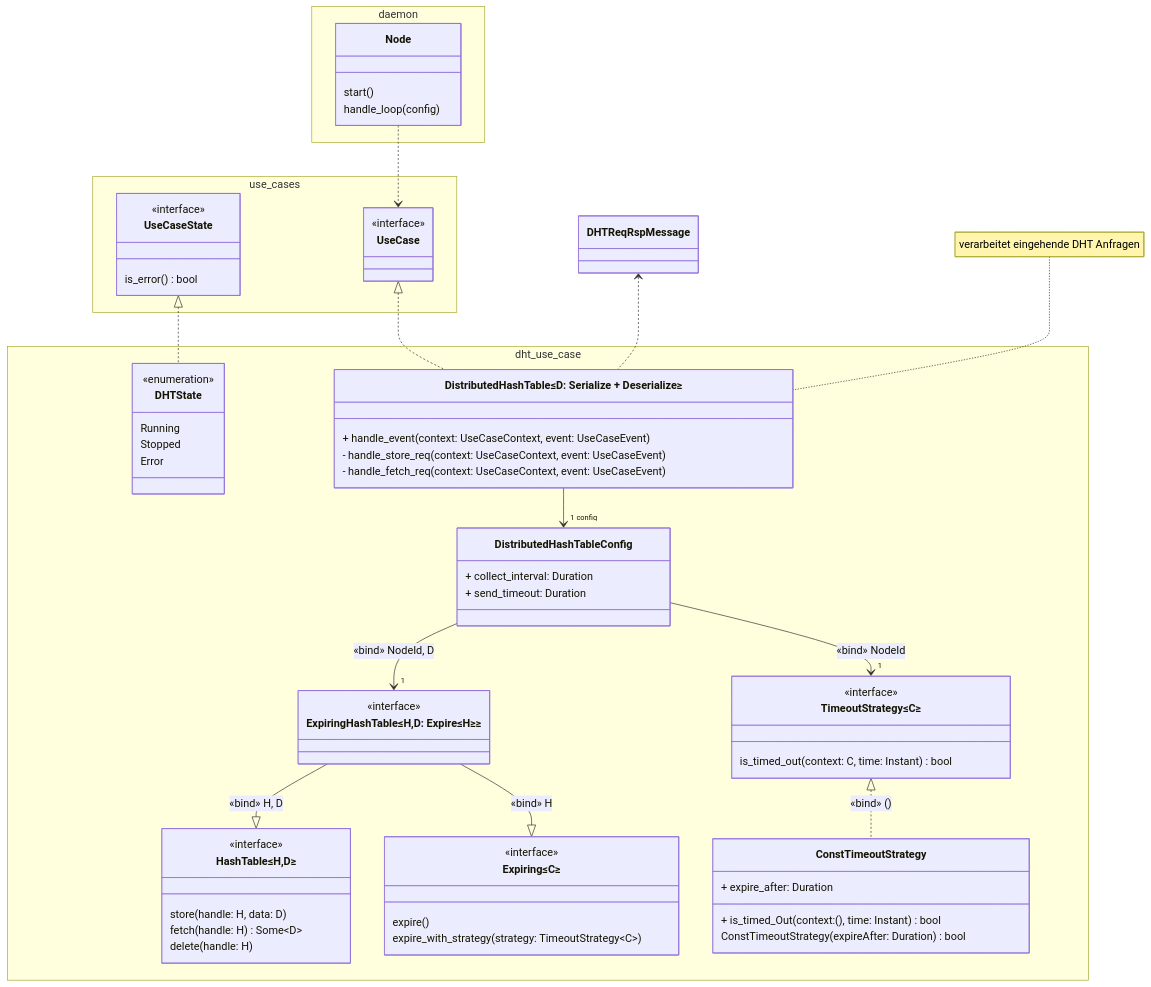
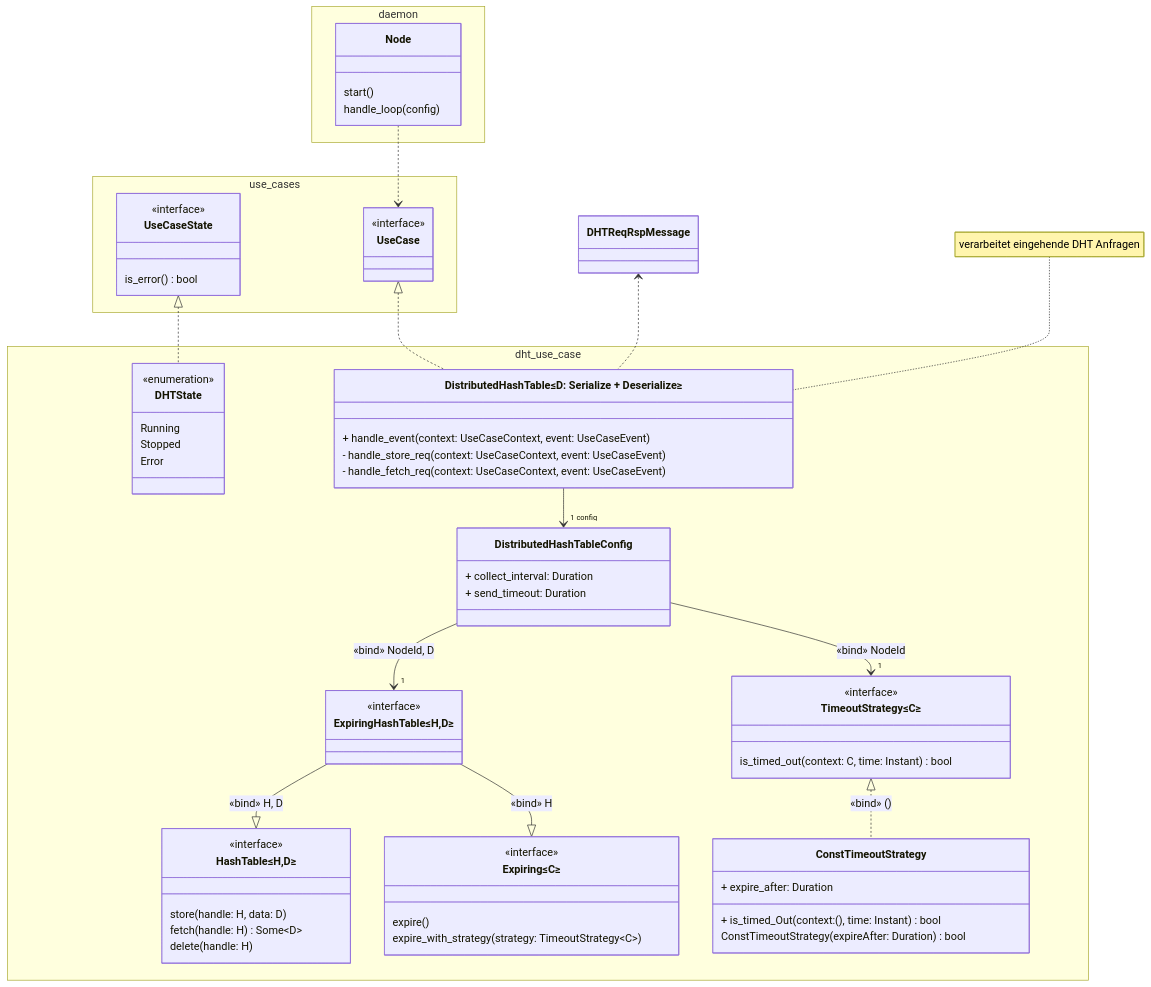
The second of 3 diagrams in dht-draft.md (kit-tm/KIRA-Rust), drawn with Mermaid before and after one commit.

Commit message:
Remove unnecessary type constraint

````diff
--- a/dht-draft.md
+++ b/dht-draft.md
@@ -96,78 +96,78 @@
 ```mermaid
 classDiagram
     namespace use_cases {
         class UseCaseState {
             <<interface>>
             is_error() bool
         }
 
         class UseCase {
             <<interface>>
         }
     }
 
     namespace dht_use_case {
         class DHTState {
             <<enumeration>>
             Running
             Stopped
             Error
         }
         class DistributedHashTable["DistributedHashTable≤D: Serialize + Deserialize≥"] {
             + handle_event(context: UseCaseContext, event: UseCaseEvent)
             - handle_store_req(context: UseCaseContext, event: UseCaseEvent)
             - handle_fetch_req(context: UseCaseContext, event: UseCaseEvent)
         }
         class DistributedHashTableConfig {
             + collect_interval: Duration
             + send_timeout: Duration
         }
         
         class HashTable["HashTable≤H,D≥"] {
             <<interface>>
             store(handle: H, data: D)
             fetch(handle: H) Some~D~
             delete(handle: H)
         }
         
         class Expiring["Expiring≤C≥"]{
             <<interface>>
             expire()
             expire_with_strategy(strategy: TimeoutStrategy~C~)
         }
         
         class TimeoutStrategy["TimeoutStrategy≤C≥"] {
             <<interface>>
             is_timed_out(context: C, time: Instant) bool
         }
         class ConstTimeoutStrategy["ConstTimeoutStrategy"] {
             + expire_after: Duration
             + is_timed_Out(context: (), time: Instant) bool
             ConstTimeoutStrategy(expireAfter: Duration) bool
         }
         
-        class ExpiringHashTable["ExpiringHashTable≤H,D: Expire≤H≥≥"] {
+        class ExpiringHashTable["ExpiringHashTable≤H,D≥"] {
             <<interface>>
         }
     }
     ExpiringHashTable --|> HashTable: «bind» H, D
     ExpiringHashTable --|> Expiring: «bind» H
     TimeoutStrategy <|.. ConstTimeoutStrategy: «bind» ()
     
     DHTReqRspMessage <.. DistributedHashTable
     
     DistributedHashTable --> "1 config" DistributedHashTableConfig
     note for DistributedHashTable "verarbeitet eingehende DHT Anfragen"
     UseCaseState <|.. DHTState
     DistributedHashTableConfig --> "1" ExpiringHashTable : «bind» NodeId, D
     DistributedHashTableConfig --> "1" TimeoutStrategy : «bind» NodeId
     UseCase <|.. DistributedHashTable
 
     namespace daemon {
         class Node {
         start()
         handle_loop(config)
         }
     }
     Node ..> UseCase
 ```
````
